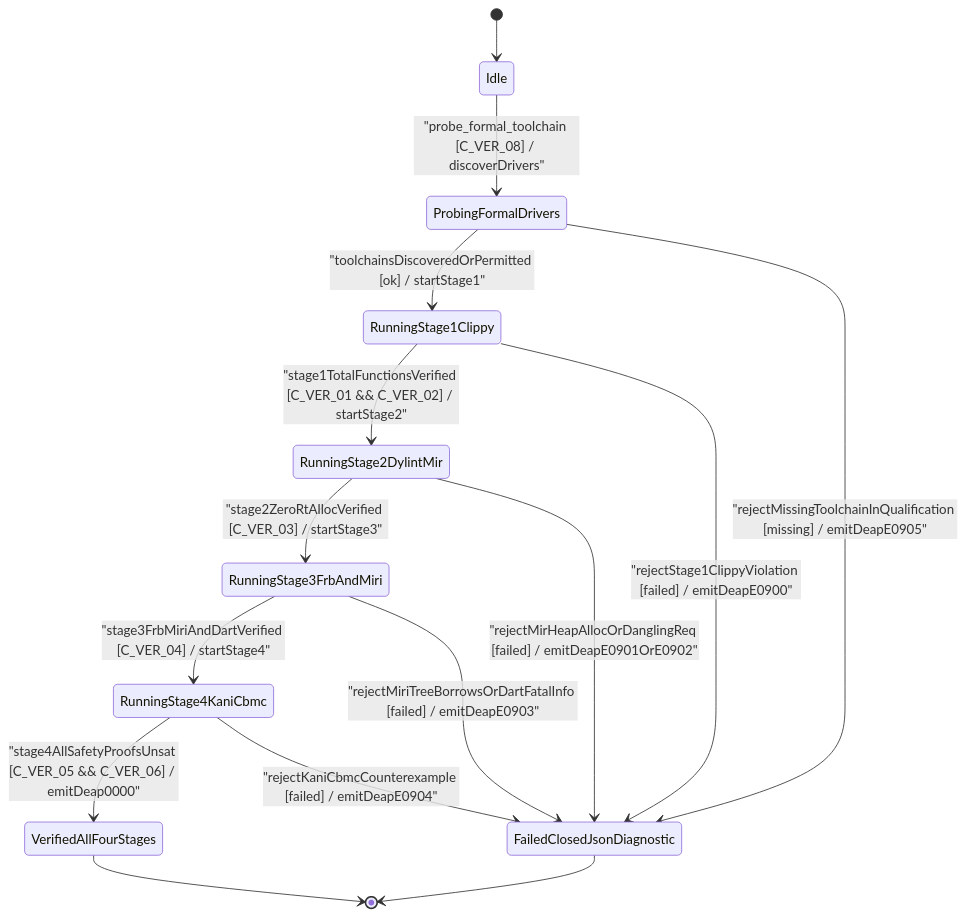
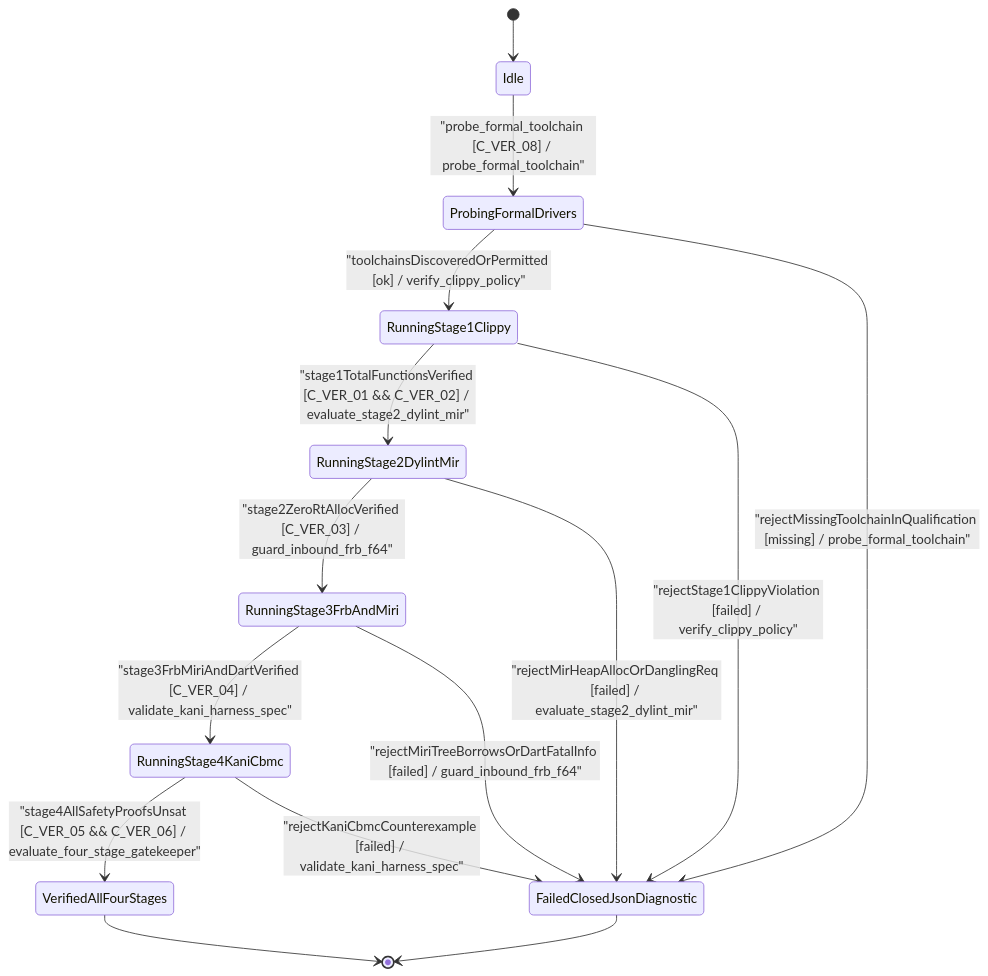
One commit to gintatkinson/DEAP01-spec-core changed the second of 2 diagrams in .pipeline/upstream/docs/user-stories/US-65-evaluate_four_stage_gatekeeper.md. Above: the diagram before and after it, drawn with Mermaid. The commit also changed other lines of this file and 88 other files, not shown here.

````diff
--- a/.pipeline/upstream/docs/user-stories/US-65-evaluate_four_stage_gatekeeper.md
+++ b/.pipeline/upstream/docs/user-stories/US-65-evaluate_four_stage_gatekeeper.md
@@ -65,17 +61,17 @@
 ```mermaid
 stateDiagram-v2
     [*] --> Idle
-    Idle --> ProbingFormalDrivers : "probe_formal_toolchain [C_VER_08] / discoverDrivers"
-    ProbingFormalDrivers --> RunningStage1Clippy : "toolchainsDiscoveredOrPermitted [ok] / startStage1"
-    RunningStage1Clippy --> RunningStage2DylintMir : "stage1TotalFunctionsVerified [C_VER_01 && C_VER_02] / startStage2"
-    RunningStage2DylintMir --> RunningStage3FrbAndMiri : "stage2ZeroRtAllocVerified [C_VER_03] / startStage3"
-    RunningStage3FrbAndMiri --> RunningStage4KaniCbmc : "stage3FrbMiriAndDartVerified [C_VER_04] / startStage4"
-    RunningStage4KaniCbmc --> VerifiedAllFourStages : "stage4AllSafetyProofsUnsat [C_VER_05 && C_VER_06] / emitDeap0000"
-    ProbingFormalDrivers --> FailedClosedJsonDiagnostic : "rejectMissingToolchainInQualification [missing] / emitDeapE0905"
-    RunningStage1Clippy --> FailedClosedJsonDiagnostic : "rejectStage1ClippyViolation [failed] / emitDeapE0900"
-    RunningStage2DylintMir --> FailedClosedJsonDiagnostic : "rejectMirHeapAllocOrDanglingReq [failed] / emitDeapE0901OrE0902"
-    RunningStage3FrbAndMiri --> FailedClosedJsonDiagnostic : "rejectMiriTreeBorrowsOrDartFatalInfo [failed] / emitDeapE0903"
-    RunningStage4KaniCbmc --> FailedClosedJsonDiagnostic : "rejectKaniCbmcCounterexample [failed] / emitDeapE0904"
+    Idle --> ProbingFormalDrivers : "probe_formal_toolchain [C_VER_08] / probe_formal_toolchain"
+    ProbingFormalDrivers --> RunningStage1Clippy : "toolchainsDiscoveredOrPermitted [ok] / verify_clippy_policy"
+    RunningStage1Clippy --> RunningStage2DylintMir : "stage1TotalFunctionsVerified [C_VER_01 && C_VER_02] / evaluate_stage2_dylint_mir"
+    RunningStage2DylintMir --> RunningStage3FrbAndMiri : "stage2ZeroRtAllocVerified [C_VER_03] / guard_inbound_frb_f64"
+    RunningStage3FrbAndMiri --> RunningStage4KaniCbmc : "stage3FrbMiriAndDartVerified [C_VER_04] / validate_kani_harness_spec"
+    RunningStage4KaniCbmc --> VerifiedAllFourStages : "stage4AllSafetyProofsUnsat [C_VER_05 && C_VER_06] / evaluate_four_stage_gatekeeper"
+    ProbingFormalDrivers --> FailedClosedJsonDiagnostic : "rejectMissingToolchainInQualification [missing] / probe_formal_toolchain"
+    RunningStage1Clippy --> FailedClosedJsonDiagnostic : "rejectStage1ClippyViolation [failed] / verify_clippy_policy"
+    RunningStage2DylintMir --> FailedClosedJsonDiagnostic : "rejectMirHeapAllocOrDanglingReq [failed] / evaluate_stage2_dylint_mir"
+    RunningStage3FrbAndMiri --> FailedClosedJsonDiagnostic : "rejectMiriTreeBorrowsOrDartFatalInfo [failed] / guard_inbound_frb_f64"
+    RunningStage4KaniCbmc --> FailedClosedJsonDiagnostic : "rejectKaniCbmcCounterexample [failed] / validate_kani_harness_spec"
     VerifiedAllFourStages --> [*]
     FailedClosedJsonDiagnostic --> [*]
 ```
````
